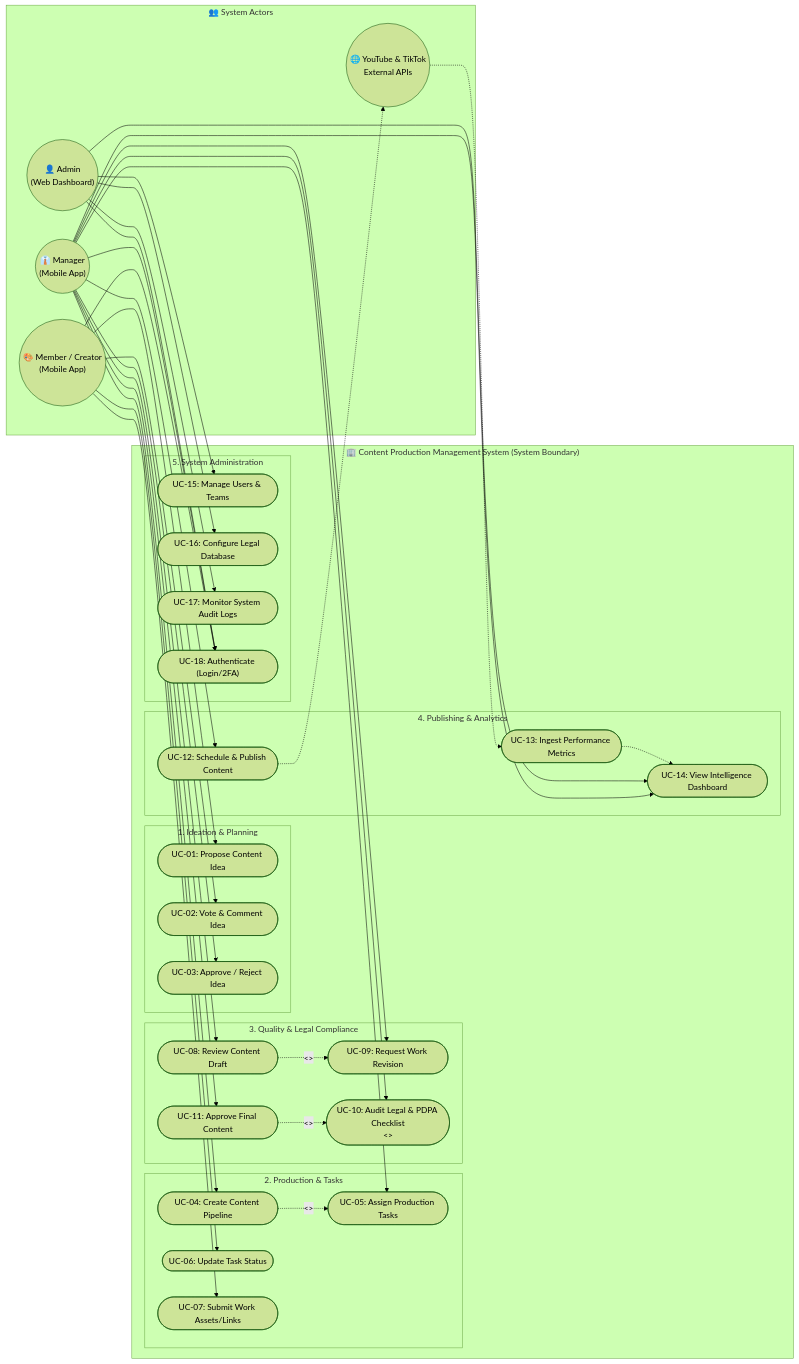
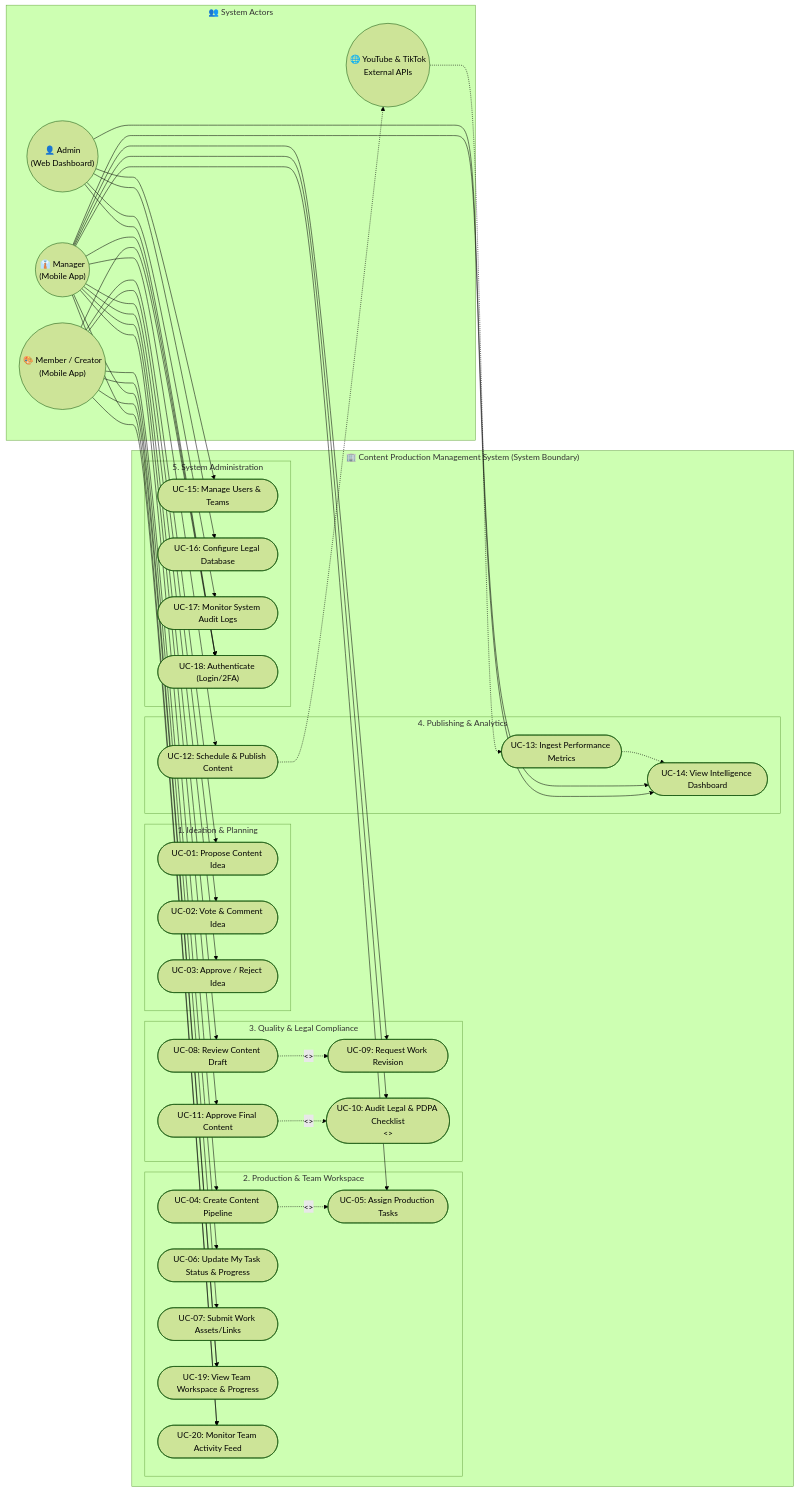
Before and after one commit to Starlight142/Content-Management-System: the diagram in docs/academic/01-Use-Case-Diagram.md, drawn with Mermaid (forest theme). The commit also changed 29 other files, not shown here.

Commit message:
feat(team-workspace): implement team-based workspace, zero-mock MongoDB integration, and academic UML synchronization

```diff
--- a/docs/academic/01-Use-Case-Diagram.md
+++ b/docs/academic/01-Use-Case-Diagram.md
@@ -56,12 +56,14 @@
             UC_ApproveIdea(["UC-03: Approve / Reject Idea"])
         end
 
-        %% Production Subsystem
-        subgraph Sub_Production["2. Production & Tasks"]
+        %% Production & Team Workspace Subsystem
+        subgraph Sub_Production["2. Production & Team Workspace"]
             UC_CreateContent(["UC-04: Create Content Pipeline"])
             UC_AssignTask(["UC-05: Assign Production Tasks"])
-            UC_UpdateTask(["UC-06: Update Task Status"])
+            UC_UpdateTask(["UC-06: Update My Task Status & Progress"])
             UC_SubmitDeliverable(["UC-07: Submit Work Assets/Links"])
+            UC_ViewTeamOverview(["UC-19: View Team Workspace & Progress"])
+            UC_MonitorTeamActivity(["UC-20: Monitor Team Activity Feed"])
         end
 
         %% Review & Legal Subsystem
@@ -94,6 +96,8 @@
     Member --> UC_VoteIdea
     Member --> UC_UpdateTask
     Member --> UC_SubmitDeliverable
+    Member --> UC_ViewTeamOverview
+    Member --> UC_MonitorTeamActivity
 
     %% Relationships - Manager
     Manager --> UC_Auth
@@ -106,6 +110,8 @@
     Manager --> UC_ApproveContent
     Manager --> UC_SchedulePublish
     Manager --> UC_ViewAnalytics
+    Manager --> UC_ViewTeamOverview
+    Manager --> UC_MonitorTeamActivity
 
     %% Relationships - Admin
     Admin --> UC_Auth
```
